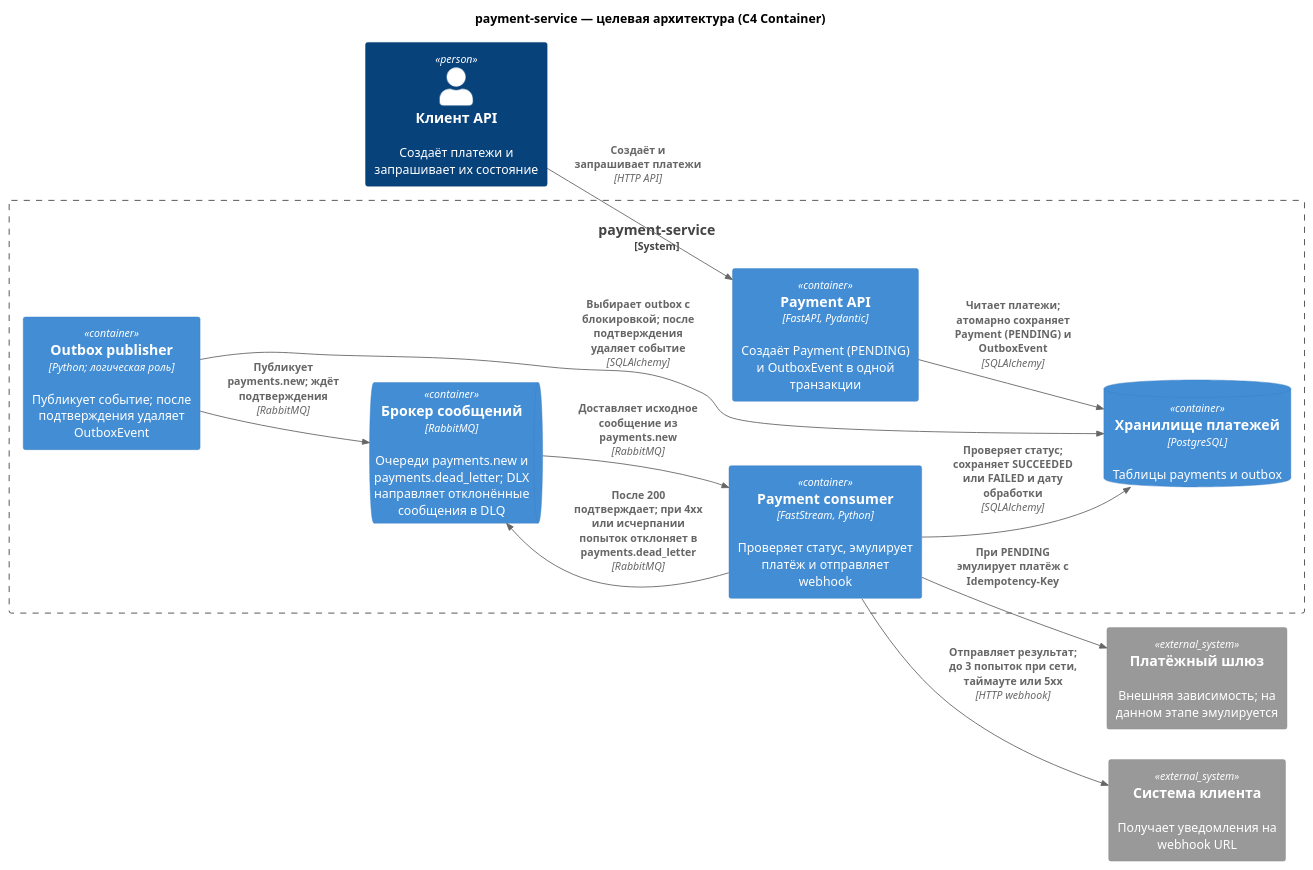
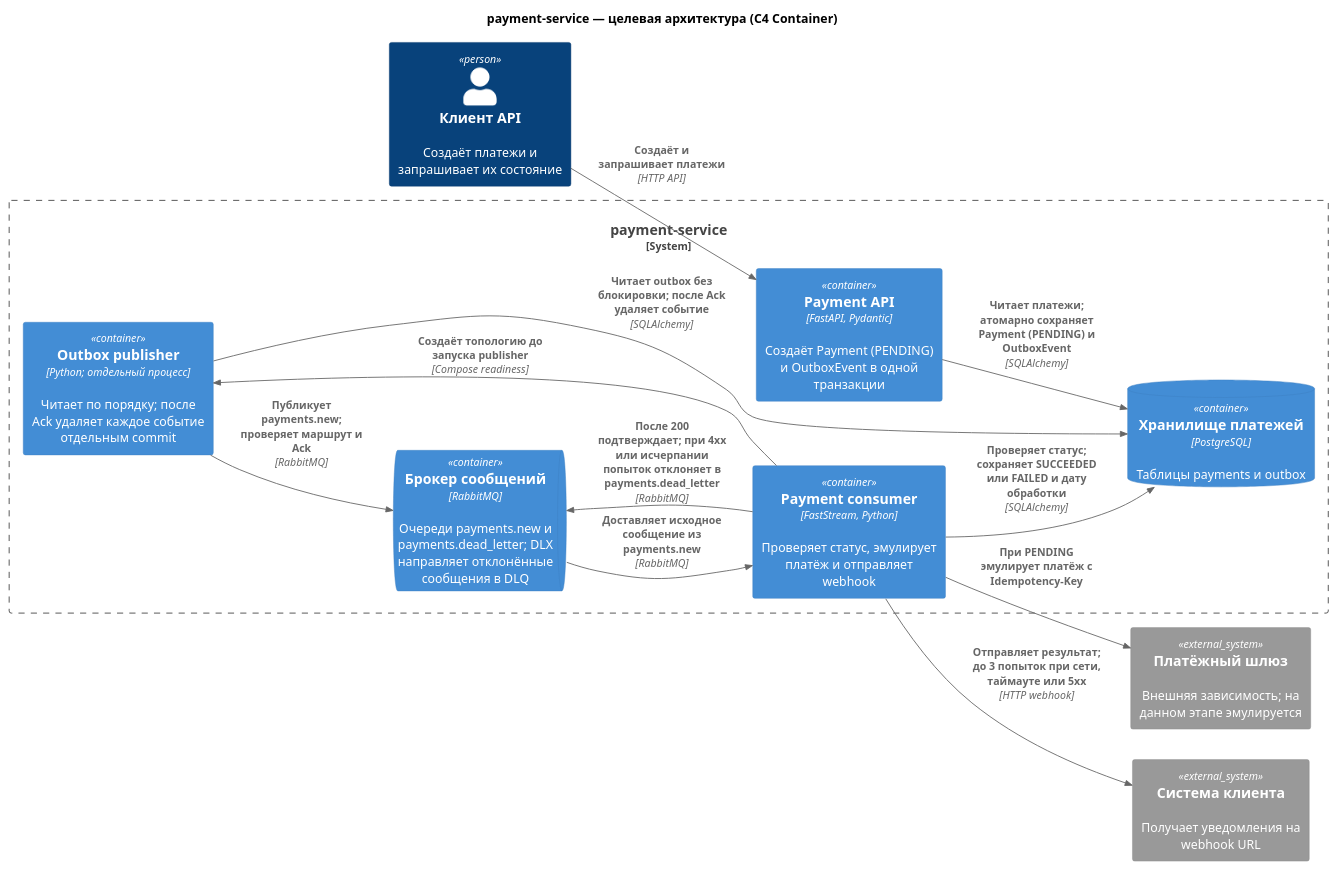
Before and after one commit to devartpy/payment-service: the diagram in docs/architecture/diagrams/payment-service-container.puml, drawn with PlantUML. The commit also changed 18 other files, not shown here.

First line of the commit message:
feat(payments): add outbox publisher

```diff
--- a/docs/architecture/diagrams/payment-service-container.puml
+++ b/docs/architecture/diagrams/payment-service-container.puml
@@ -1,29 +1,30 @@
 @startuml
 !include <C4/C4_Container>
 
 title payment-service — целевая архитектура (C4 Container)
 LAYOUT_LEFT_RIGHT()
 
 Person(client, "Клиент API", "Создаёт платежи и запрашивает их состояние")
 System_Ext(gateway, "Платёжный шлюз", "Внешняя зависимость; на данном этапе эмулируется")
 System_Ext(webhook, "Система клиента", "Получает уведомления на webhook URL")
 
 System_Boundary(service, "payment-service") {
   Container(api, "Payment API", "FastAPI, Pydantic", "Создаёт Payment (PENDING) и OutboxEvent в одной транзакции")
   ContainerDb(db, "Хранилище платежей", "PostgreSQL", "Таблицы payments и outbox")
-  Container(relay, "Outbox publisher", "Python; логическая роль", "Публикует событие; после подтверждения удаляет OutboxEvent")
+  Container(relay, "Outbox publisher", "Python; отдельный процесс", "Читает по порядку; после Ack удаляет каждое событие отдельным commit")
   ContainerQueue(broker, "Брокер сообщений", "RabbitMQ", "Очереди payments.new и payments.dead_letter; DLX направляет отклонённые сообщения в DLQ")
   Container(consumer, "Payment consumer", "FastStream, Python", "Проверяет статус, эмулирует платёж и отправляет webhook")
 }
 
 Rel(client, api, "Создаёт и запрашивает платежи", "HTTP API")
 Rel(api, db, "Читает платежи; атомарно сохраняет Payment (PENDING) и OutboxEvent", "SQLAlchemy")
-Rel(relay, db, "Выбирает outbox с блокировкой; после подтверждения удаляет событие", "SQLAlchemy")
-Rel(relay, broker, "Публикует payments.new; ждёт подтверждения", "RabbitMQ")
+Rel(relay, db, "Читает outbox без блокировки; после Ack удаляет событие", "SQLAlchemy")
+Rel(relay, broker, "Публикует payments.new; проверяет маршрут и Ack", "RabbitMQ")
 Rel(broker, consumer, "Доставляет исходное сообщение из payments.new", "RabbitMQ")
 Rel(consumer, db, "Проверяет статус; сохраняет SUCCEEDED или FAILED и дату обработки", "SQLAlchemy")
 Rel(consumer, gateway, "При PENDING эмулирует платёж с Idempotency-Key")
 Rel(consumer, webhook, "Отправляет результат; до 3 попыток при сети, таймауте или 5xx", "HTTP webhook")
 Rel(consumer, broker, "После 200 подтверждает; при 4xx или исчерпании попыток отклоняет в payments.dead_letter", "RabbitMQ")
+Rel(consumer, relay, "Создаёт топологию до запуска publisher", "Compose readiness")
 
 @enduml
```
